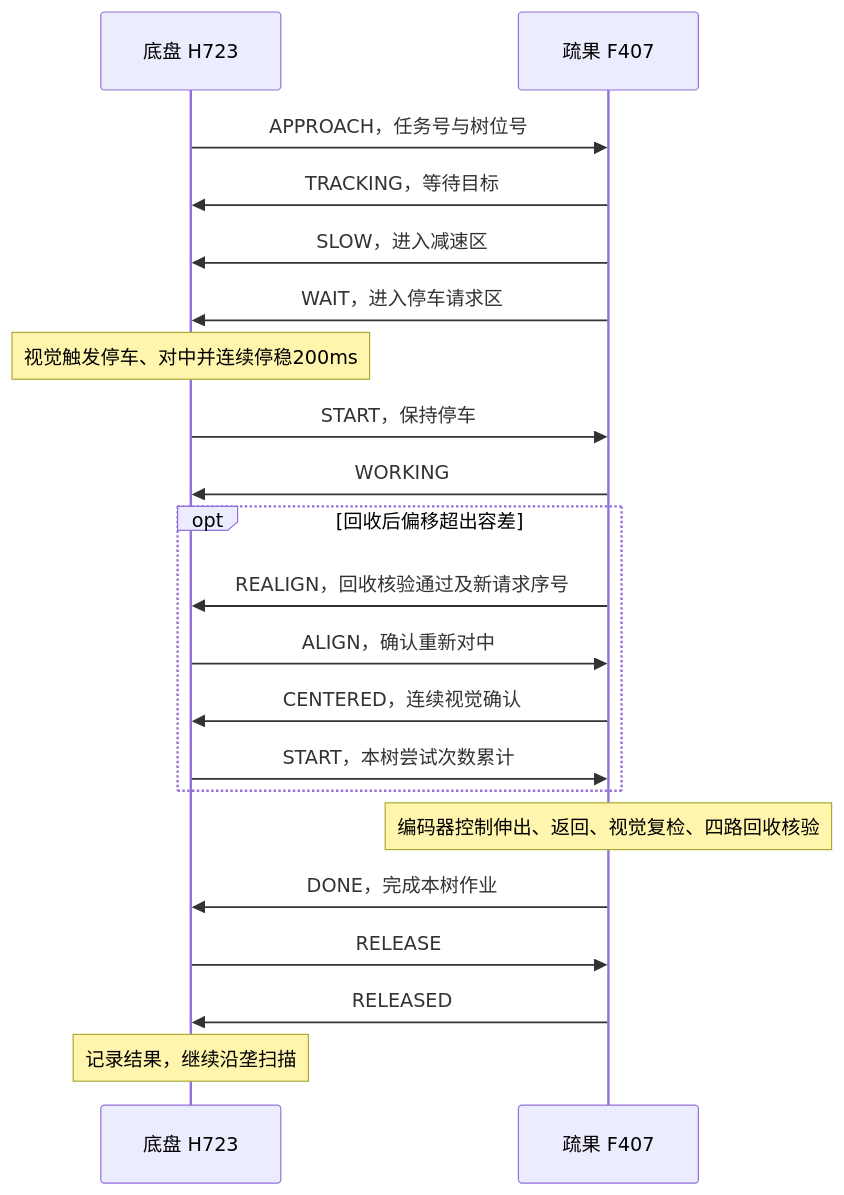
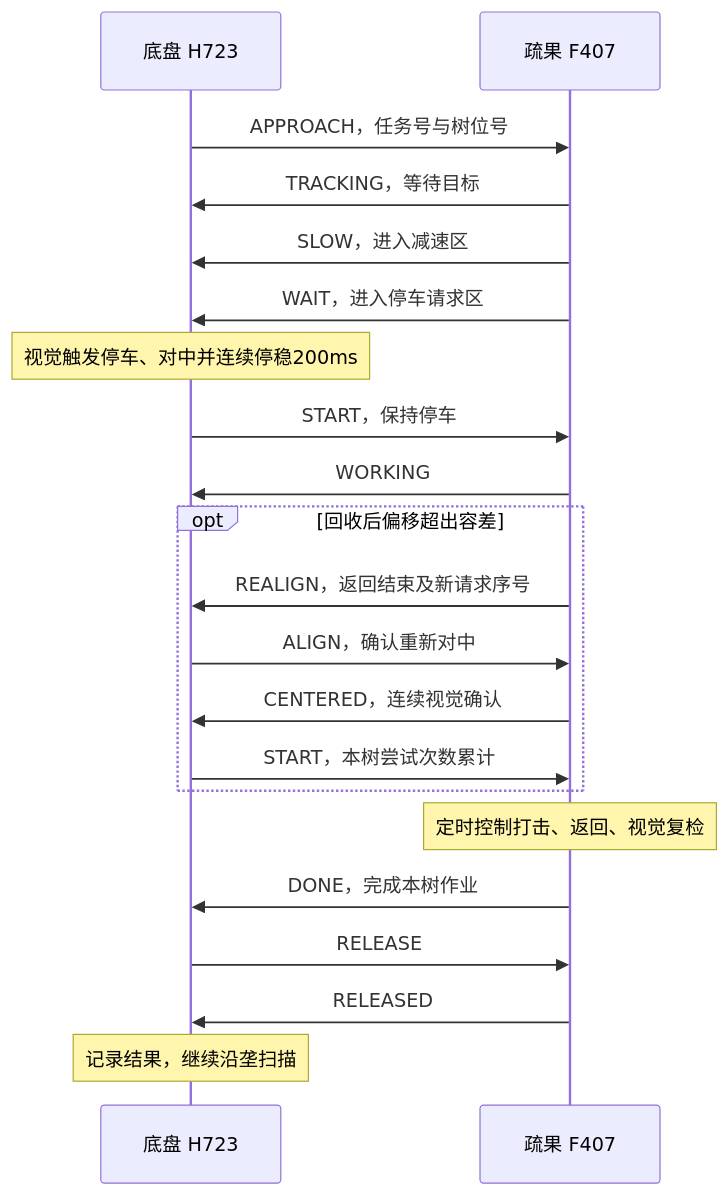
One commit to water-freemind/Mango-Swerve-Firmware changed the diagram in docs/CAN_WORK_DEBUG.md. Above: the diagram before and after it, drawn with Mermaid. The commit also changed other lines of this file and 6 other files, not shown here.

````diff
--- a/docs/CAN_WORK_DEBUG.md
+++ b/docs/CAN_WORK_DEBUG.md
@@ -34,23 +34,23 @@
 ```mermaid
 sequenceDiagram
     participant C as 底盘 H723
     participant E as 疏果 F407
     C->>E: APPROACH，任务号与树位号
     E->>C: TRACKING，等待目标
     E->>C: SLOW，进入减速区
     E->>C: WAIT，进入停车请求区
     Note over C: 视觉触发停车、对中并连续停稳200ms
     C->>E: START，保持停车
     E->>C: WORKING
     opt 回收后偏移超出容差
-        E->>C: REALIGN，回收核验通过及新请求序号
+        E->>C: REALIGN，返回结束及新请求序号
         C->>E: ALIGN，确认重新对中
         E->>C: CENTERED，连续视觉确认
         C->>E: START，本树尝试次数累计
     end
-    Note over E: 编码器控制伸出、返回、视觉复检、四路回收核验
+    Note over E: 定时控制打击、返回、视觉复检
     E->>C: DONE，完成本树作业
     C->>E: RELEASE
     E->>C: RELEASED
     Note over C: 记录结果，继续沿垄扫描
 ```
````
